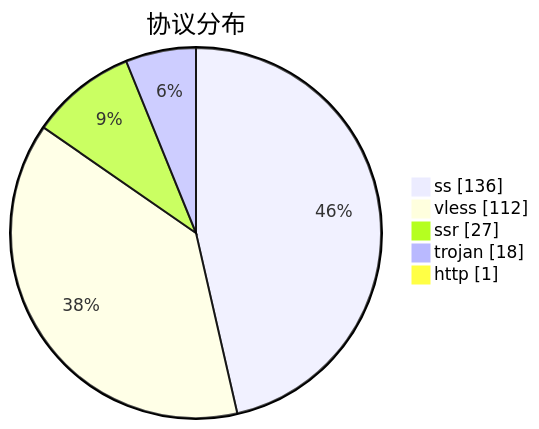
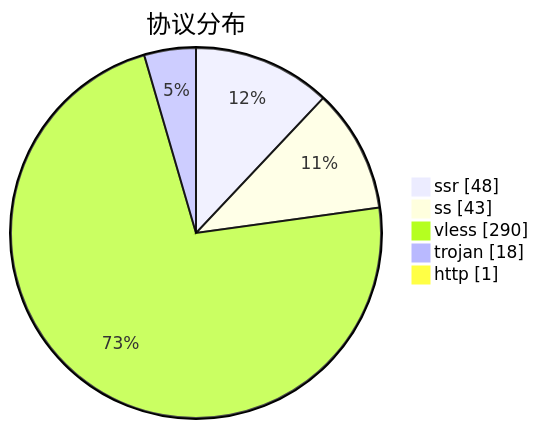
Before and after one commit to qjlxg/airport: the third of 3 diagrams in subs/statistics/tested_within.md, drawn with Mermaid. The commit also changed other lines of this file and 2 other files, not shown here.

````diff
--- a/subs/statistics/tested_within.md
+++ b/subs/statistics/tested_within.md
@@ -17,9 +19,9 @@
 ```mermaid
 pie showData
 title 协议分布
-"ss" : 136
-"vless" : 112
-"ssr" : 27
+"ssr" : 48
+"ss" : 43
+"vless" : 290
 "trojan" : 18
 "http" : 1
 ```
````
